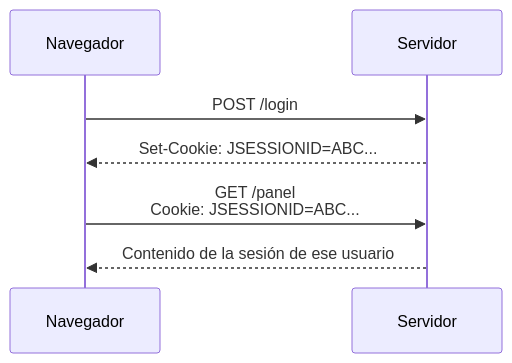
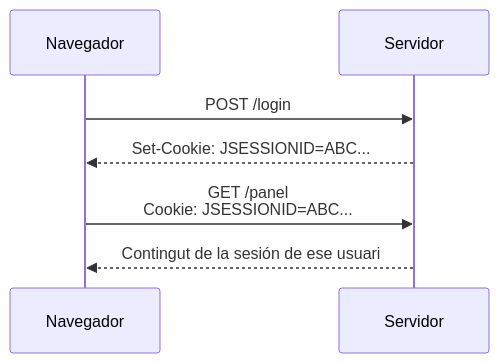
One commit to jordicido/jordicina changed the third of 5 diagrams in docs/daw-daw/up3/01-servidor-aplicaciones.md. Above: the diagram before and after it, drawn with Mermaid. The commit also changed other lines of this file and 10 other files, not shown here.

````diff
--- a/docs/daw-daw/up3/01-servidor-aplicaciones.md
+++ b/docs/daw-daw/up3/01-servidor-aplicaciones.md
@@ -220,10 +220,10 @@
 ```mermaid
 sequenceDiagram
     participant N as Navegador
     participant S as Servidor
 
     N->>S: POST /login
     S-->>N: Set-Cookie: JSESSIONID=ABC...
     N->>S: GET /panel<br/>Cookie: JSESSIONID=ABC...
-    S-->>N: Contenido de la sesión de ese usuario
+    S-->>N: Contingut de la sesión de ese usuari
 ```
````
